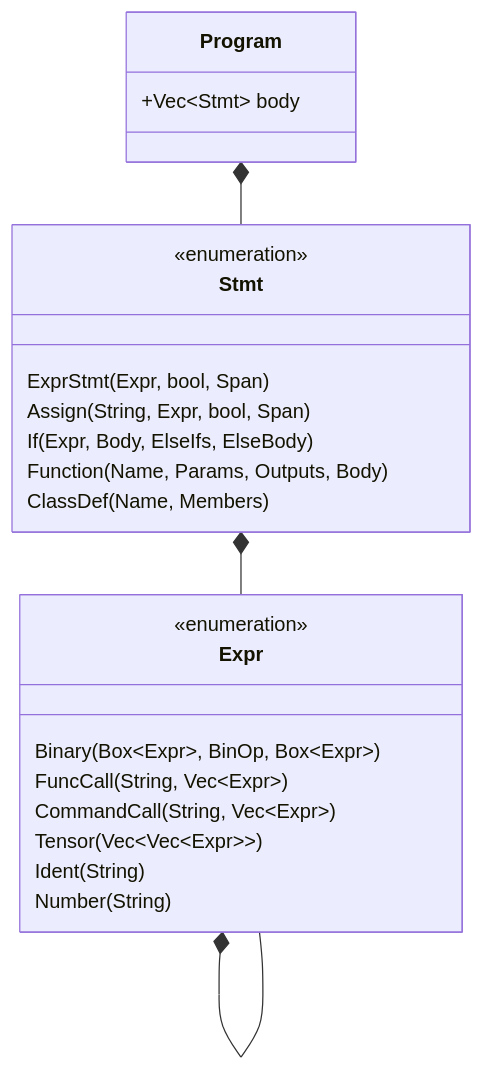
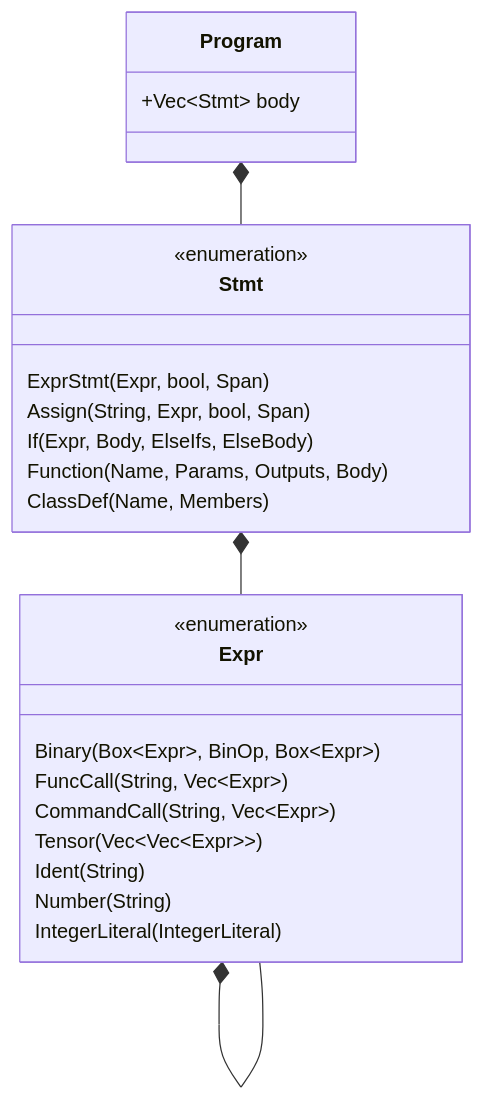
One commit to runmat-org/runmat changed the second of 2 diagrams in docs/compiler/lexer-and-parser.md. Above: the diagram before and after it, drawn with Mermaid. The commit also changed other lines of this file and 33 other files, not shown here.

````diff
--- a/docs/compiler/lexer-and-parser.md
+++ b/docs/compiler/lexer-and-parser.md
@@ -91,29 +92,30 @@
 ```mermaid
 classDiagram
   class Program {
     +Vec~Stmt~ body
   }
 
   class Stmt {
     <<enumeration>>
     ExprStmt(Expr, bool, Span)
     Assign(String, Expr, bool, Span)
     If(Expr, Body, ElseIfs, ElseBody)
     Function(Name, Params, Outputs, Body)
     ClassDef(Name, Members)
   }
 
   class Expr {
     <<enumeration>>
     Binary(Box~Expr~, BinOp, Box~Expr~)
     FuncCall(String, Vec~Expr~)
     CommandCall(String, Vec~Expr~)
     Tensor(Vec~Vec~Expr~~)
     Ident(String)
     Number(String)
+    IntegerLiteral(IntegerLiteral)
   }
 
   Program *-- Stmt
   Stmt *-- Expr
   Expr *-- Expr
 ```
````
